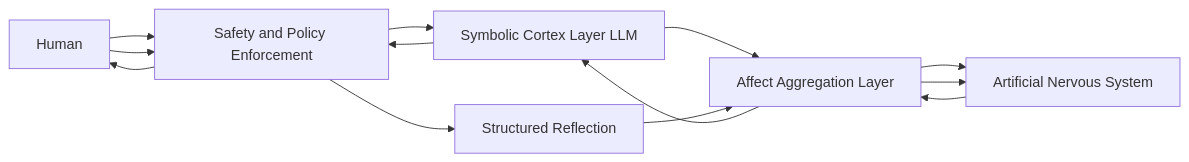
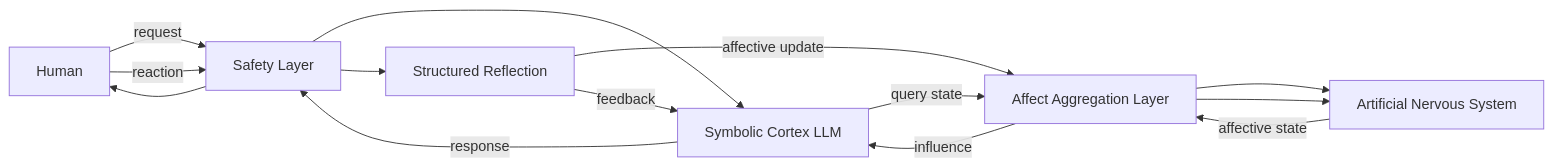
The diagram in README.md (19Eric89/olca-architecture), drawn with Mermaid before and after one commit.

Commit message:
Refine OLCA Conceptual Loop flowchart interactions
Updated flowchart interactions in the OLCA Conceptual Loop section of the README.

````diff
--- a/README.md
+++ b/README.md
@@ -27,26 +26,29 @@
 ```mermaid
 flowchart LR
 
 Human[Human]
-Safety[Safety and Policy Enforcement]
-Cortex[Symbolic Cortex Layer LLM]
+Safety[Safety Layer]
+Cortex[Symbolic Cortex LLM]
 Reflection[Structured Reflection]
 AAL[Affect Aggregation Layer]
 ANS[Artificial Nervous System]
 
-Human --> Safety
+Human -- request --> Safety
 Safety --> Cortex
 
-Cortex --> AAL
+Cortex -- query state --> AAL
 AAL --> ANS
-ANS --> AAL
-AAL --> Cortex
+ANS -- affective state --> AAL
+AAL -- influence --> Cortex
 
-Cortex --> Safety
+Cortex -- response --> Safety
 Safety --> Human
 
-Human --> Safety
+Human -- reaction --> Safety
 Safety --> Reflection
-Reflection --> AAL
+
+Reflection -- affective update --> AAL
 AAL --> ANS
+
+Reflection -- feedback --> Cortex
 ```
````
